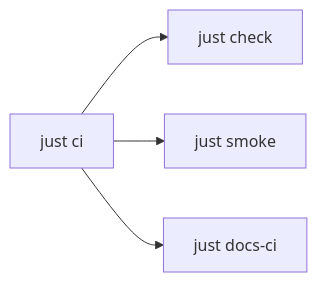
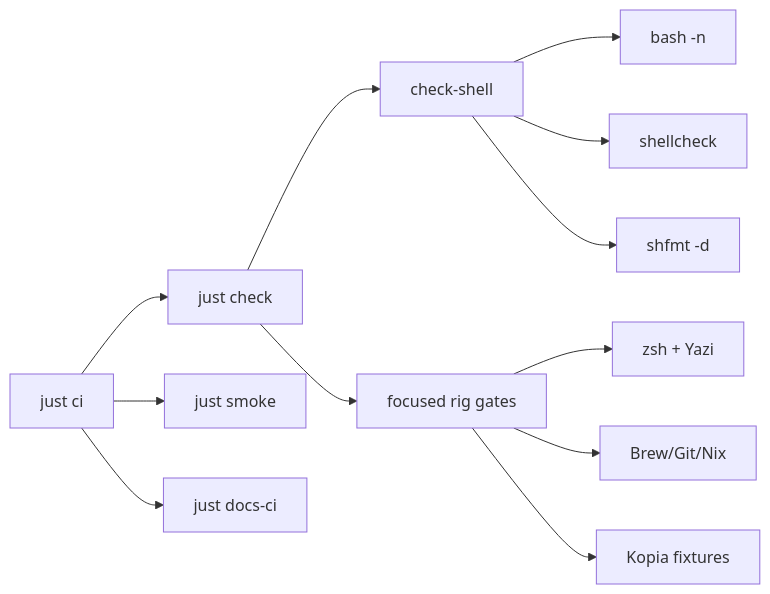
One commit to wyattowalsh/dotfiles changed the diagram in docs/content/docs/validation.mdx. Above: the diagram before and after it, drawn with Mermaid. The commit also changed other lines of this file and 104 other files, not shown here.

First line of the commit message:
feat(rig): assure Atuin, shfmt, and curated shell/home state

````diff
--- a/docs/content/docs/validation.mdx
+++ b/docs/content/docs/validation.mdx
@@ -16,6 +32,14 @@
 ```mermaid
 flowchart LR
   A["just ci"] --> B["just check"]
   A --> C["just smoke"]
   A --> D["just docs-ci"]
+  B --> E["check-shell"]
+  B --> I["focused rig gates"]
+  E --> F["bash -n"]
+  E --> G["shellcheck"]
+  E --> H["shfmt -d"]
+  I --> J["zsh + Yazi"]
+  I --> K["Brew/Git/Nix"]
+  I --> L["Kopia fixtures"]
 ```
````
